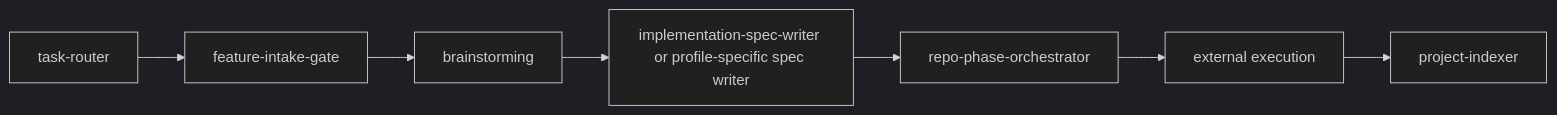
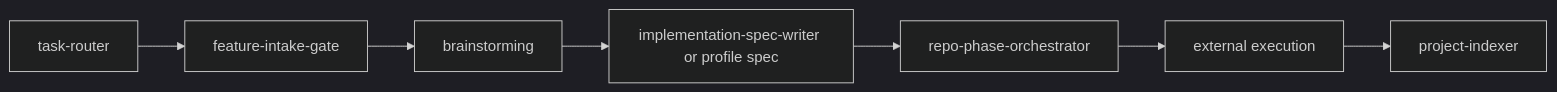
Before and after one commit to HoanDo95/CodexMinimal: the fourth of 8 diagrams in README.md, drawn with Mermaid (dark theme). The commit also changed other lines of this file and 1 other file, not shown here.

````diff
--- a/README.md
+++ b/README.md
@@ -123,9 +84,9 @@
 ```mermaid
 flowchart LR
     A[task-router] --> B[feature-intake-gate]
     B --> C[brainstorming]
-    C --> D[implementation-spec-writer or profile-specific spec writer]
+    C --> D[implementation-spec-writer or profile spec]
     D --> E[repo-phase-orchestrator]
     E --> F[external execution]
     F --> G[project-indexer]
 ```
````
